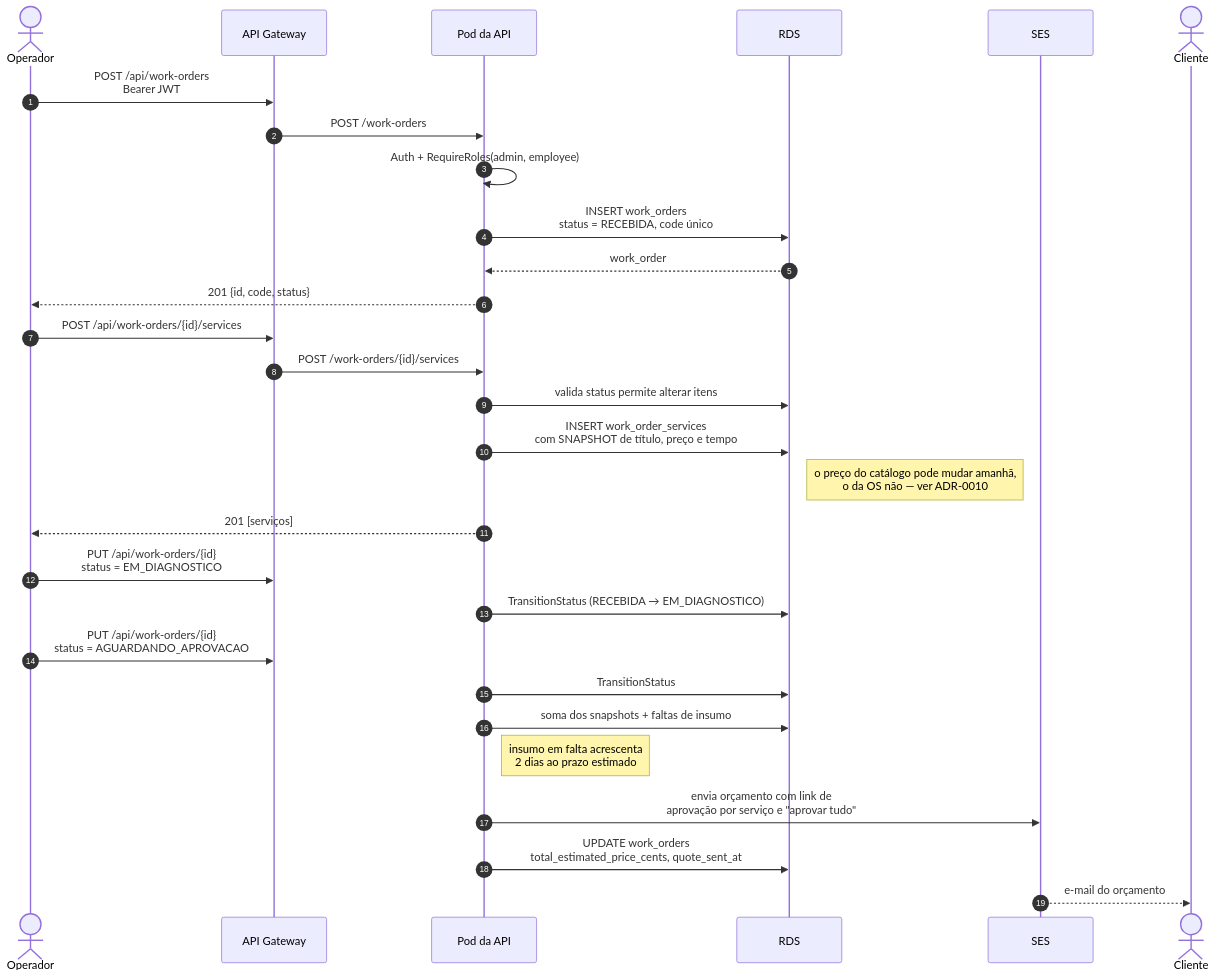
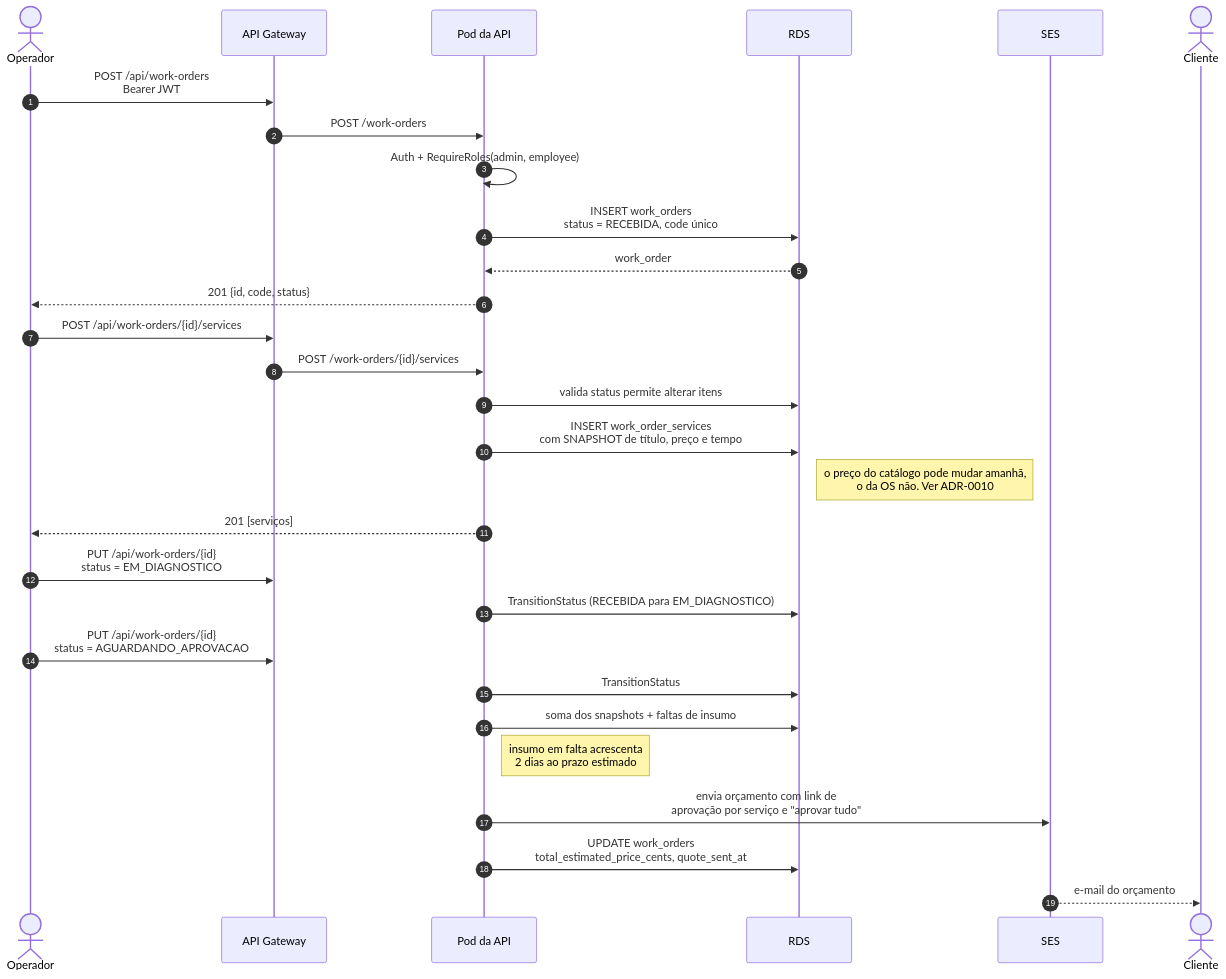
Before and after one commit to SOAT-15-Oficina/oficina-mecanica-infrastructure: the second of 5 diagrams in docs/diagramas/sequencia-ordem-de-servico.md, drawn with Mermaid. The commit also changed other lines of this file and 23 other files, not shown here.

````diff
--- a/docs/diagramas/sequencia-ordem-de-servico.md
+++ b/docs/diagramas/sequencia-ordem-de-servico.md
@@ -34,35 +36,35 @@
 ```mermaid
 sequenceDiagram
     autonumber
     actor OP as Operador
     participant GW as API Gateway
     participant API as Pod da API
     participant DB as RDS
     participant SES as SES
     actor CLI as Cliente
 
     OP->>GW: POST /api/work-orders<br/>Bearer JWT
     GW->>API: POST /work-orders
     API->>API: Auth + RequireRoles(admin, employee)
     API->>DB: INSERT work_orders<br/>status = RECEBIDA, code único
     DB-->>API: work_order
     API-->>OP: 201 {id, code, status}
 
     OP->>GW: POST /api/work-orders/{id}/services
     GW->>API: POST /work-orders/{id}/services
     API->>DB: valida status permite alterar itens
     API->>DB: INSERT work_order_services<br/>com SNAPSHOT de título, preço e tempo
-    Note right of DB: o preço do catálogo pode mudar amanhã,<br/>o da OS não — ver ADR-0010
+    Note right of DB: o preço do catálogo pode mudar amanhã,<br/>o da OS não. Ver ADR-0010
     API-->>OP: 201 [serviços]
 
     OP->>GW: PUT /api/work-orders/{id}<br/>status = EM_DIAGNOSTICO
-    API->>DB: TransitionStatus (RECEBIDA → EM_DIAGNOSTICO)
+    API->>DB: TransitionStatus (RECEBIDA para EM_DIAGNOSTICO)
 
     OP->>GW: PUT /api/work-orders/{id}<br/>status = AGUARDANDO_APROVACAO
     API->>DB: TransitionStatus
     API->>DB: soma dos snapshots + faltas de insumo
     Note right of API: insumo em falta acrescenta<br/>2 dias ao prazo estimado
     API->>SES: envia orçamento com link de<br/>aprovação por serviço e "aprovar tudo"
     API->>DB: UPDATE work_orders<br/>total_estimated_price_cents, quote_sent_at
     SES-->>CLI: e-mail do orçamento
 ```
````
